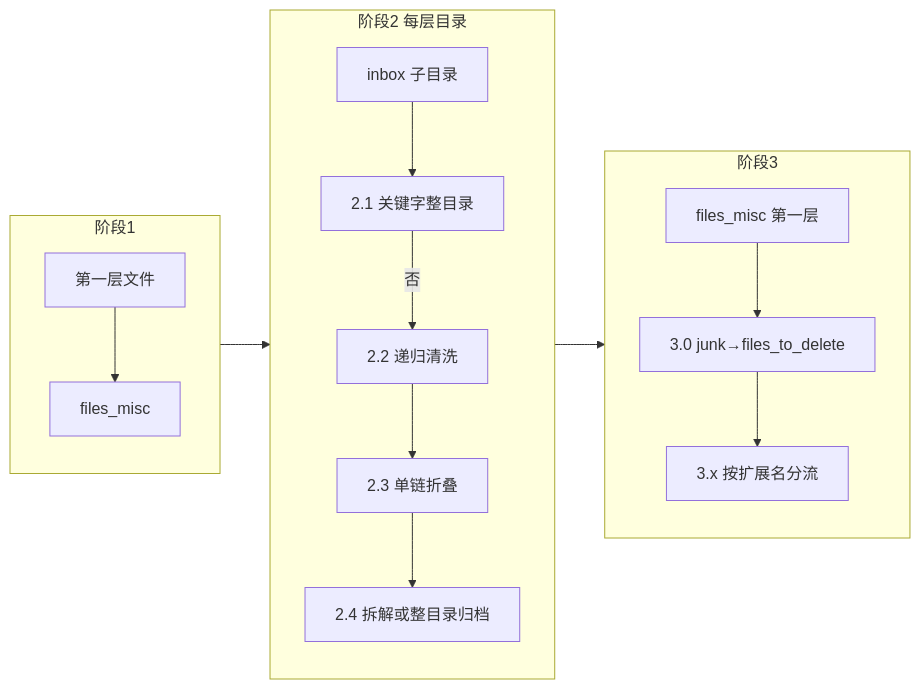
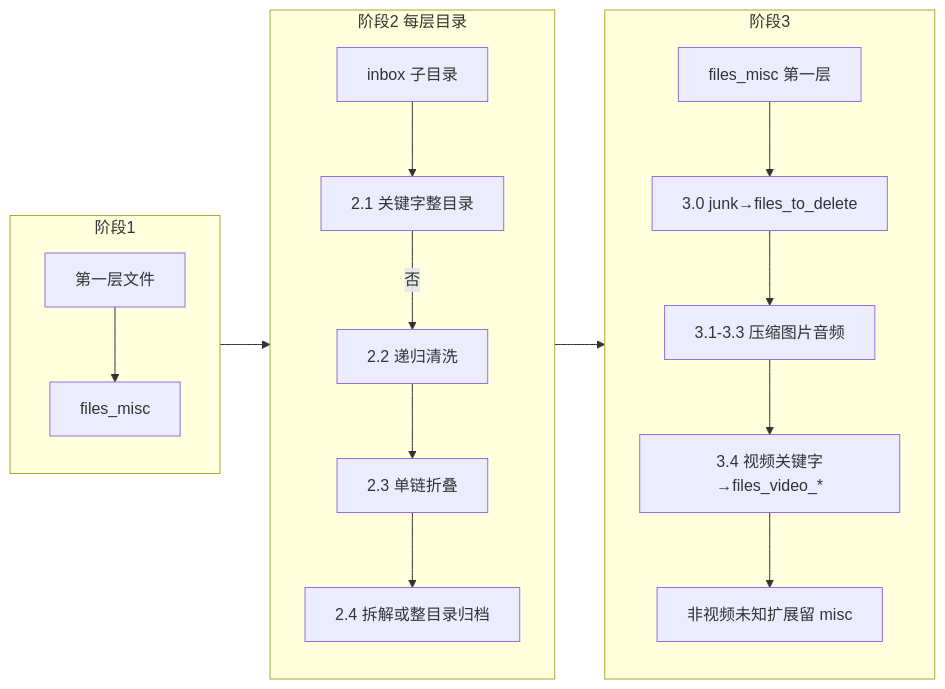
The diagram in docs/RAW_FILE_PROCESSING_PIPELINE.md (watchzerg/j-file-kit), drawn with Mermaid before and after one commit. The commit also changed other lines of this file and 13 other files, not shown here.

````diff
--- a/docs/RAW_FILE_PROCESSING_PIPELINE.md
+++ b/docs/RAW_FILE_PROCESSING_PIPELINE.md
@@ -9,18 +9,20 @@
 ```mermaid
 flowchart LR
   subgraph p1 [阶段1]
     F[第一层文件] --> M[files_misc]
   end
   subgraph p2 [阶段2 每层目录]
     D[inbox 子目录] --> A[2.1 关键字整目录]
     A -->|否| B[2.2 递归清洗]
     B --> C[2.3 单链折叠]
     C --> E[2.4 拆解或整目录归档]
   end
   subgraph p3 [阶段3]
     M2[files_misc 第一层] --> J[3.0 junk→files_to_delete]
-    J --> R[3.x 按扩展名分流]
+    J --> R[3.1-3.3 压缩图片音频]
+    R --> V[3.4 视频关键字→files_video_*]
+    V --> Mkeep[非视频未知扩展留 misc]
   end
   p1 --> p2
   p2 --> p3
 ```
````
